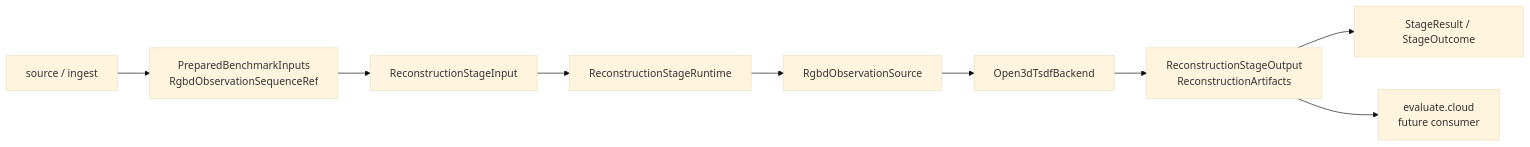
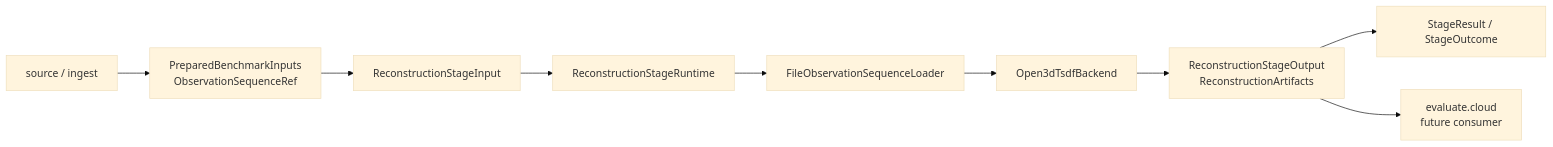
The fourth of 5 diagrams in docs/architecture/reconstruction-stage-target.md (JanDuchscherer104/prml-vslam), drawn with Mermaid (base theme) before and after one commit. The commit also changed other lines of this file and 178 other files, not shown here.

````diff
--- a/docs/architecture/reconstruction-stage-target.md
+++ b/docs/architecture/reconstruction-stage-target.md
@@ -339,21 +338,21 @@
 ```mermaid
 flowchart LR
     Source["source / ingest"]
-    Prepared["PreparedBenchmarkInputs<br/>RgbdObservationSequenceRef"]
+    Prepared["PreparedBenchmarkInputs<br/>ObservationSequenceRef"]
     StageInput["ReconstructionStageInput"]
     Runtime["ReconstructionStageRuntime"]
-    Provider["RgbdObservationSource"]
+    Provider["FileObservationSequenceLoader"]
     Backend["Open3dTsdfBackend"]
     Output["ReconstructionStageOutput<br/>ReconstructionArtifacts"]
     Outcome["StageResult / StageOutcome"]
     CloudEval["evaluate.cloud<br/>future consumer"]
 
     Source --> Prepared
     Prepared --> StageInput
     StageInput --> Runtime
     Runtime --> Provider
     Provider --> Backend
     Backend --> Output
     Output --> Outcome
     Output --> CloudEval
 ```
````
